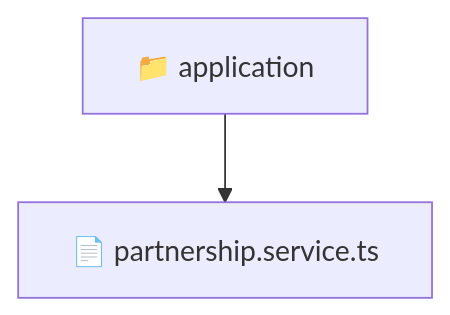
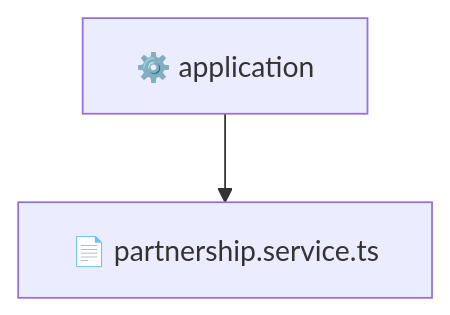
Before and after one commit to beginwebdev2002/fullstack-mavluda: the diagram in backend/src/modules/partnership/application/README.md, drawn with Mermaid. The commit also changed other lines of this file and 165 other files, not shown here.

First line of the commit message:
docs: generate localized architectural READMEs

````diff
--- a/backend/src/modules/partnership/application/README.md
+++ b/backend/src/modules/partnership/application/README.md
@@ -10,5 +11,5 @@
 ```mermaid
 graph TD
-  Root["📁 application"]
-  Root --> partnershipservicets["📄 partnership.service.ts"]
+  application["⚙️ application"]
+  application --> partnership_service_ts["📄 partnership.service.ts"]
 ```
````
